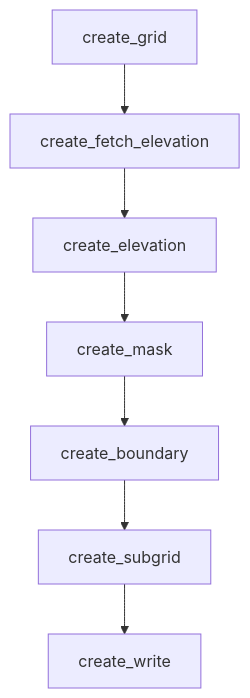
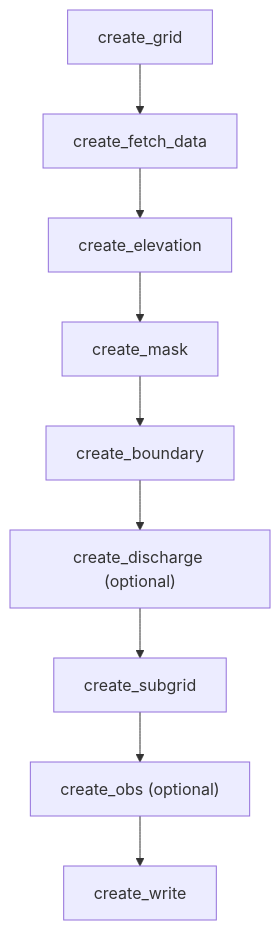
Before and after one commit to NGWPC/nwm-coastal: the third of 3 diagrams in docs/user-guide/workflow-stages.md, drawn with Mermaid. The commit also changed other lines of this file and 7 other files, not shown here.

````diff
--- a/docs/user-guide/workflow-stages.md
+++ b/docs/user-guide/workflow-stages.md
@@ -517,9 +517,11 @@
 ```mermaid
 flowchart TD
-    A[create_grid] --> B[create_fetch_elevation]
+    A[create_grid] --> B[create_fetch_data]
     B --> C[create_elevation]
     C --> D[create_mask]
     D --> E[create_boundary]
-    E --> F[create_subgrid]
-    F --> G[create_write]
+    E --> F["create_discharge (optional)"]
+    F --> G[create_subgrid]
+    G --> H["create_obs (optional)"]
+    H --> I[create_write]
 ```
````
